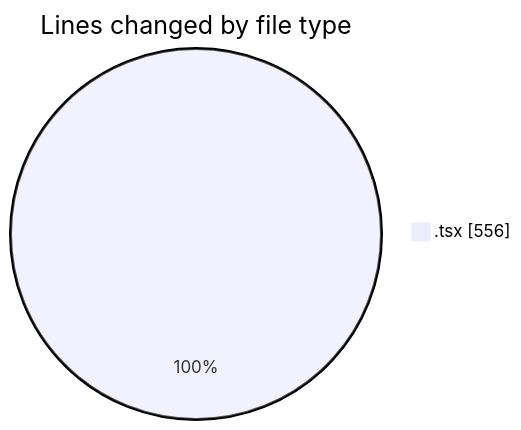
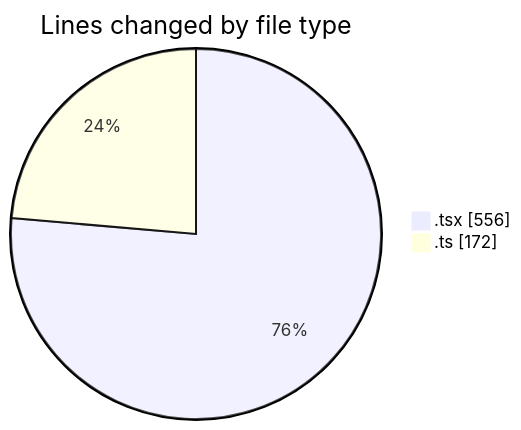
One commit to nxtqubesakshisongat/code-tracking changed the first of 2 diagrams in 2026-02-17/nxtqube_webapp/README.md. Above: the diagram before and after it, drawn with Mermaid. The commit also changed other lines of this file and 1 other file, not shown here.

````diff
--- a/2026-02-17/nxtqube_webapp/README.md
+++ b/2026-02-17/nxtqube_webapp/README.md
@@ -22,5 +23,6 @@
 ```mermaid
 pie showData
 title Lines changed by file type
 ".tsx" : 556
+".ts" : 172
 ```
````
